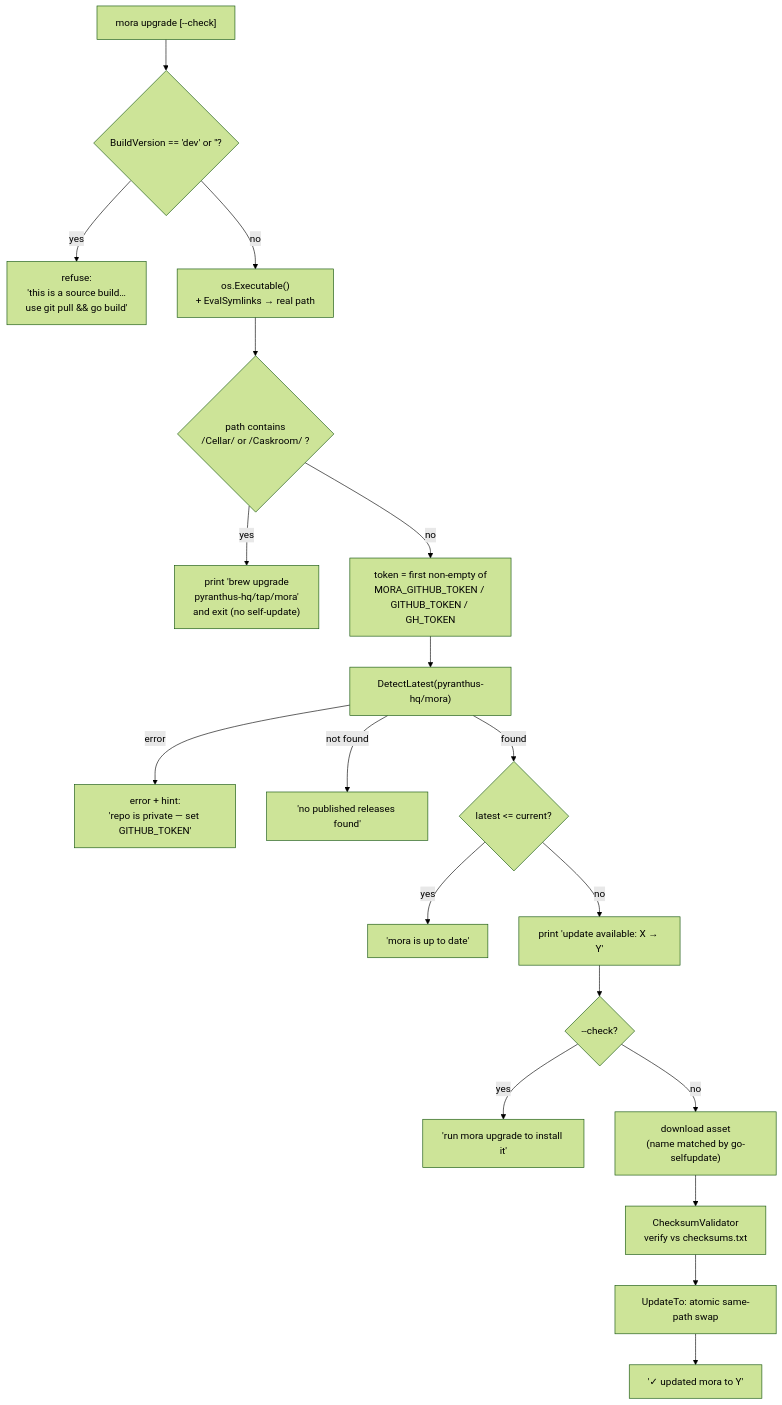
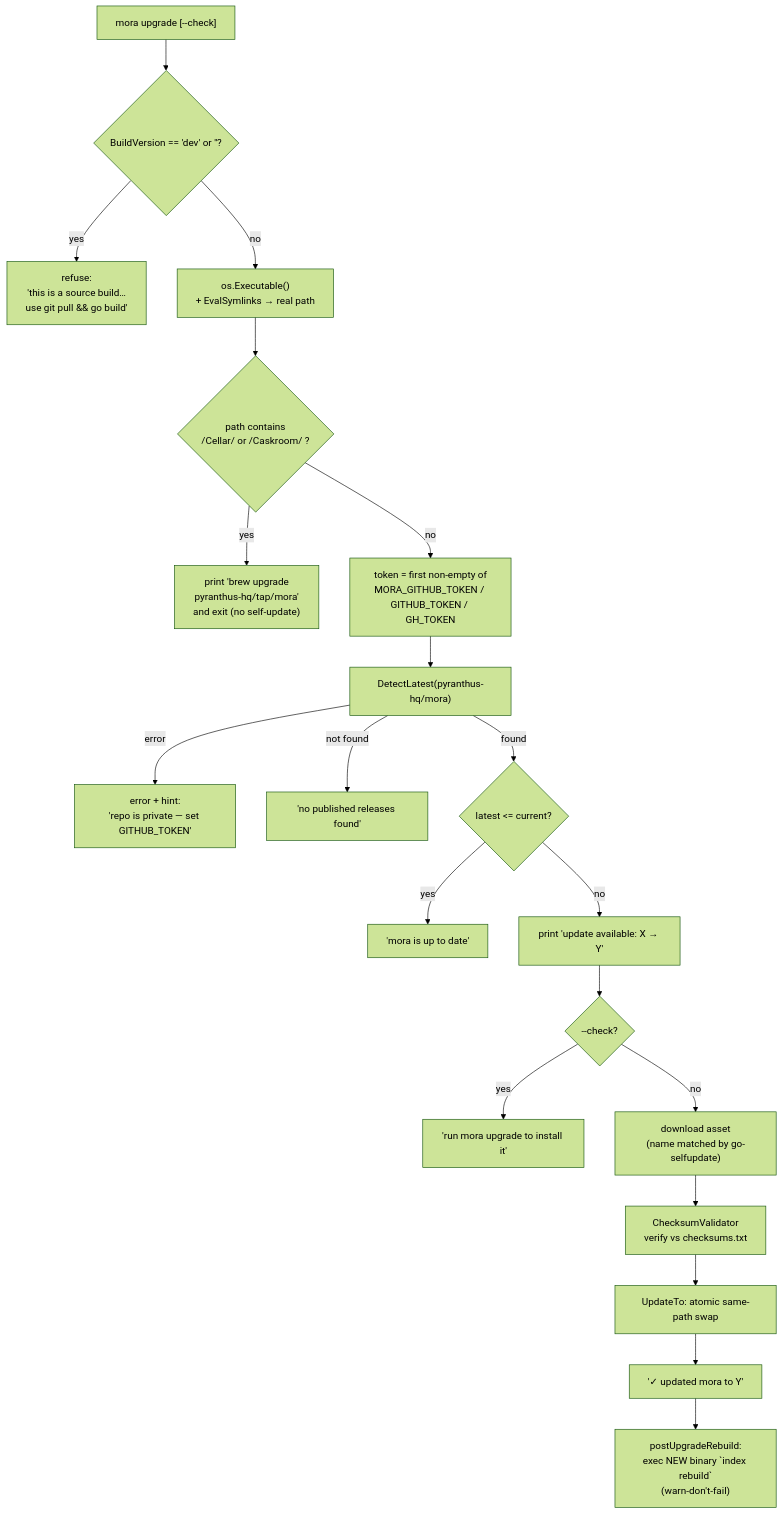
Before and after one commit to pyranthus-hq/mora: the second of 3 diagrams in docs/architecture/10-distribution-and-ops.md, drawn with Mermaid (forest theme). The commit also changed other lines of this file and 5 other files, not shown here.

Commit message:
docs(architecture): record the 4MB MCP cap, match-centered snippets, index schema stamp + upgrade reindex

````diff
--- a/docs/architecture/10-distribution-and-ops.md
+++ b/docs/architecture/10-distribution-and-ops.md
@@ -91,21 +91,22 @@
 ```mermaid
 flowchart TD
     start["mora upgrade [--check]"] --> dev{"BuildVersion == 'dev' or ''?"}
     dev -- yes --> refuse["refuse:<br/>'this is a source build…<br/>use git pull && go build'"]
     dev -- no --> exe["os.Executable()<br/>+ EvalSymlinks → real path"]
     exe --> brew{"path contains<br/>/Cellar/ or /Caskroom/ ?"}
     brew -- yes --> brewmsg["print 'brew upgrade<br/>pyranthus-hq/tap/mora'<br/>and exit (no self-update)"]
     brew -- no --> token["token = first non-empty of<br/>MORA_GITHUB_TOKEN / GITHUB_TOKEN / GH_TOKEN"]
     token --> detect["DetectLatest(pyranthus-hq/mora)"]
     detect -- error --> hint["error + hint:<br/>'repo is private — set GITHUB_TOKEN'"]
     detect -- not found --> none["'no published releases found'"]
     detect -- found --> cmp{"latest <= current?"}
     cmp -- yes --> uptodate["'mora is up to date'"]
     cmp -- no --> avail["print 'update available: X → Y'"]
     avail --> checkonly{"--check?"}
     checkonly -- yes --> stop["'run mora upgrade to install it'"]
     checkonly -- no --> dl["download asset<br/>(name matched by go-selfupdate)"]
     dl --> validate["ChecksumValidator<br/>verify vs checksums.txt"]
     validate --> swap["UpdateTo: atomic same-path swap"]
     swap --> done["'✓ updated mora to Y'"]
+    done --> reindex["postUpgradeRebuild:<br/>exec NEW binary `index rebuild`<br/>(warn-don't-fail)"]
 ```
````
